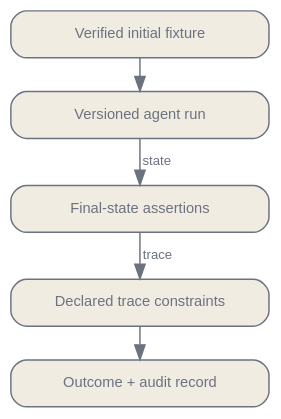
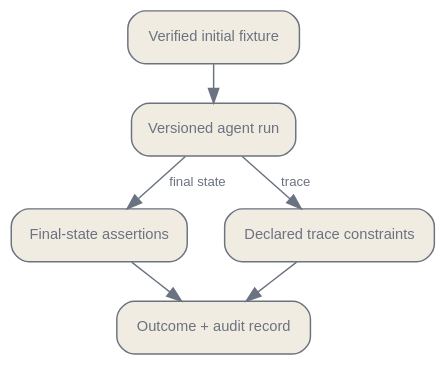
Before and after one commit to latere-ai/ai-as-an-infrastructure: the diagram in en/evaluation/06-evaluating-agents.qmd, drawn with Graphviz. The commit also changed other lines of this file and 8 other files, not shown here.

````diff
--- a/en/evaluation/06-evaluating-agents.qmd
+++ b/en/evaluation/06-evaluating-agents.qmd
@@ -188,22 +186,24 @@
 ```{dot}
 //| label: fig-agent-evaluation-contract
 //| fig-cap: "An agent run begins from a verified fixture. The evaluator checks final state for completion, checks the trace only for declared constraints, and retains both results with the run artifacts."
 digraph {
   bgcolor="transparent";
   rankdir=TB;
-  nodesep=0.25; ranksep=0.3;
-  node [shape=box, style="rounded,filled", fixedsize=true, width=2.45, height=0.45, fontname="Helvetica", fontsize=10, color="#6b7280", fontcolor="#6b7280", fillcolor="#f1ece1", margin="0.08,0.05"];
+  nodesep=0.35; ranksep=0.36;
+  node [shape=box, style="rounded,filled", fontname="Helvetica", fontsize=10, color="#6b7280", fontcolor="#6b7280", fillcolor="#f1ece1", margin="0.1,0.06"];
   edge [fontname="Helvetica", fontsize=9, color="#6b7280", fontcolor="#6b7280"];
 
   I [label="Verified initial fixture"];
   R [label="Versioned agent run"];
   S [label="Final-state assertions"];
   C [label="Declared trace constraints"];
   O [label="Outcome + audit record"];
 
   I -> R;
-  R -> S [label="state"];
-  S -> C [label="trace"];
+  R -> S [label="final state"];
+  R -> C [label="trace"];
+  S -> O;
   C -> O;
+  { rank=same; S; C; }
 }
 ```
````
